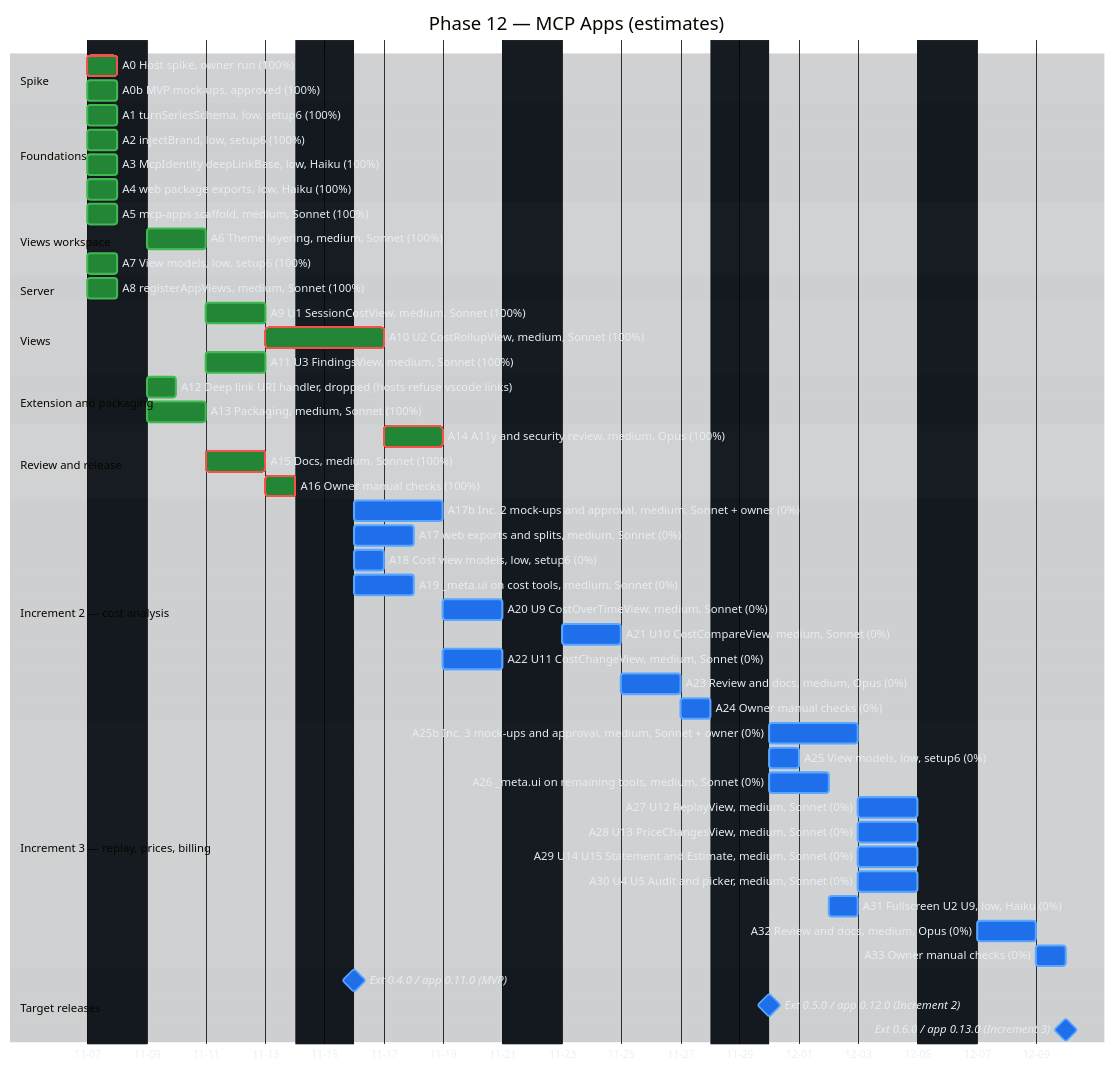
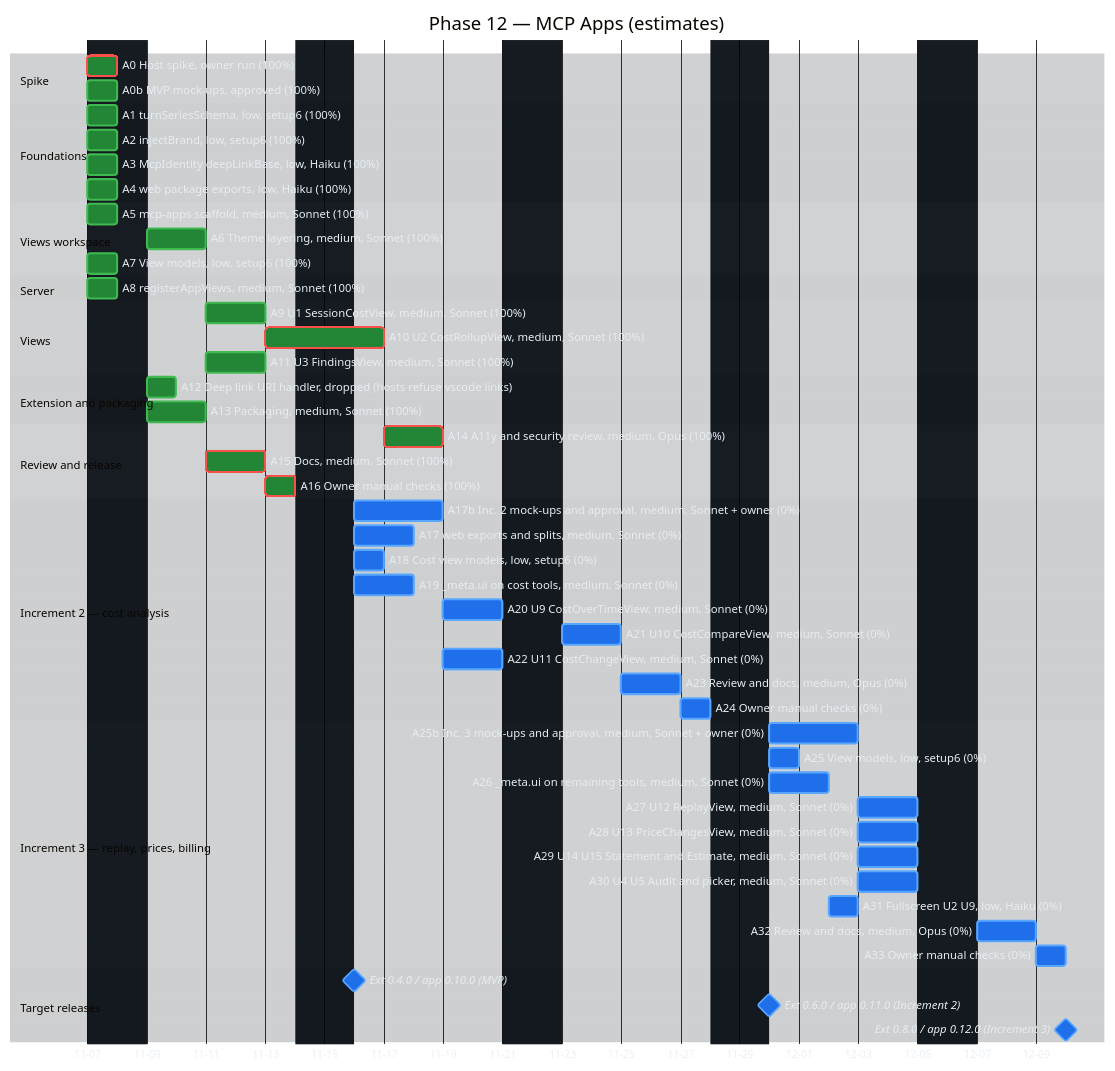
The second of 2 diagrams in docs/implementation-plan-gantt.md (raulkivi/agent-cost-analyzer), drawn with Mermaid before and after one commit. The commit also changed other lines of this file and 12 other files, not shown here.

````diff
--- a/docs/implementation-plan-gantt.md
+++ b/docs/implementation-plan-gantt.md
@@ -211,7 +211,7 @@
     A33 Owner manual checks (0%)                 :a33, after a32, 1d
 
     section Target releases
-    Ext 0.4.0 / app 0.11.0 (MVP) :milestone, m12a, after a16, 0d
-    Ext 0.5.0 / app 0.12.0 (Increment 2) :milestone, m12b, after a24, 0d
-    Ext 0.6.0 / app 0.13.0 (Increment 3) :milestone, m12c, after a33, 0d
+    Ext 0.4.0 / app 0.10.0 (MVP) :milestone, m12a, after a16, 0d
+    Ext 0.6.0 / app 0.11.0 (Increment 2) :milestone, m12b, after a24, 0d
+    Ext 0.8.0 / app 0.12.0 (Increment 3) :milestone, m12c, after a33, 0d
 ```
````
